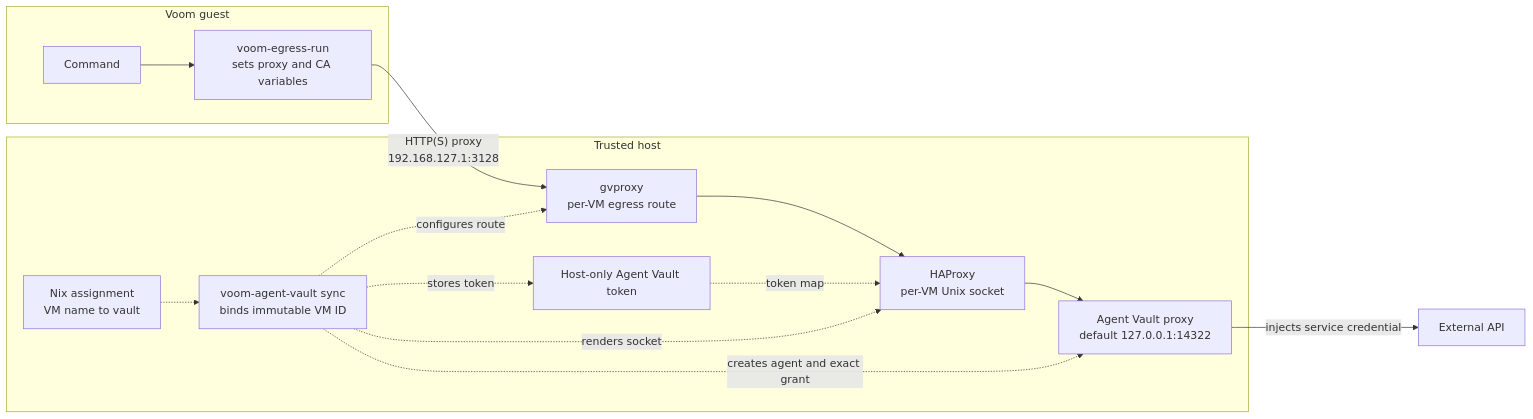
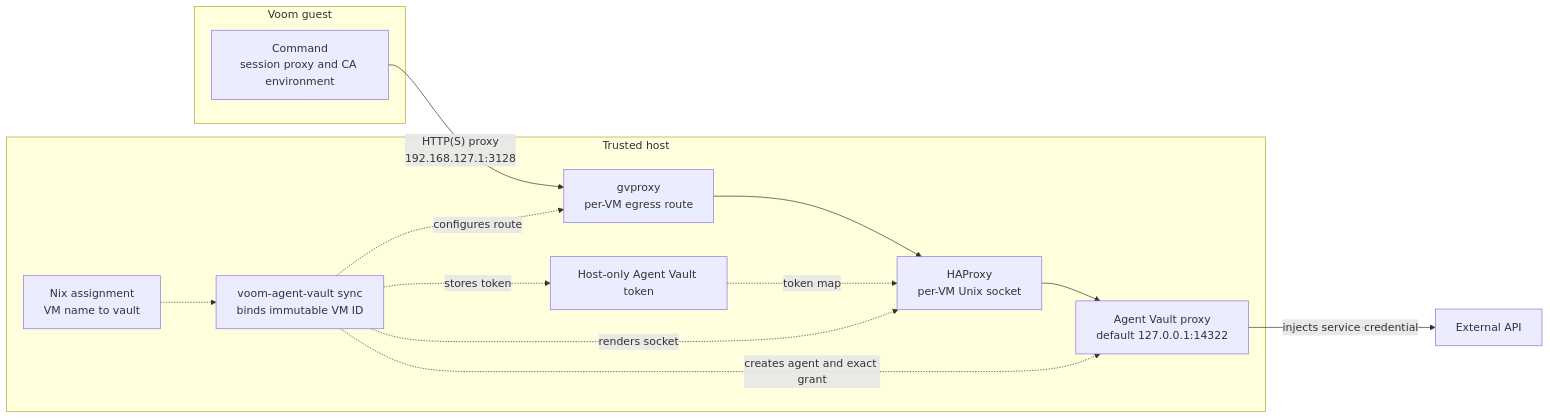
The diagram in README.md (mjrusso/nixos-config), drawn with Mermaid before and after one commit. The commit also changed other lines of this file and 11 other files, not shown here.

Commit message:
Load Voom egress settings at session startup

````diff
--- a/README.md
+++ b/README.md
@@ -1086,31 +1086,29 @@
 ``` mermaid
 flowchart LR
     subgraph Guest["Voom guest"]
-        C["Command"]
-        W["voom-egress-run<br/>sets proxy and CA variables"]
-        C --> W
+        C["Command<br/>session proxy and CA environment"]
     end
 
     subgraph Host["Trusted host"]
         N["Nix assignment<br/>VM name to vault"]
         M["voom-agent-vault sync<br/>binds immutable VM ID"]
         G["gvproxy<br/>per-VM egress route"]
         H["HAProxy<br/>per-VM Unix socket"]
         T["Host-only Agent Vault token"]
         A["Agent Vault proxy<br/>default 127.0.0.1:14322"]
 
         G --> H
         T -.->|"token map"| H
         H --> A
     end
 
     API["External API"]
 
-    W -->|"HTTP(S) proxy<br/>192.168.127.1:3128"| G
+    C -->|"HTTP(S) proxy<br/>192.168.127.1:3128"| G
     A -->|"injects service credential"| API
     N -.-> M
     M -.->|"configures route"| G
     M -.->|"renders socket"| H
     M -.->|"stores token"| T
     M -.->|"creates agent and exact grant"| A
 ```
````
